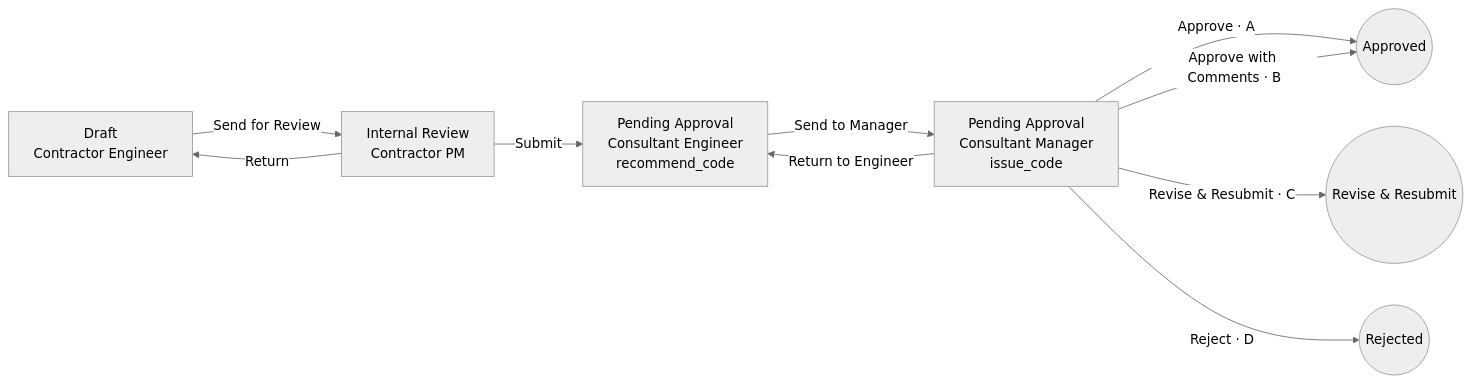
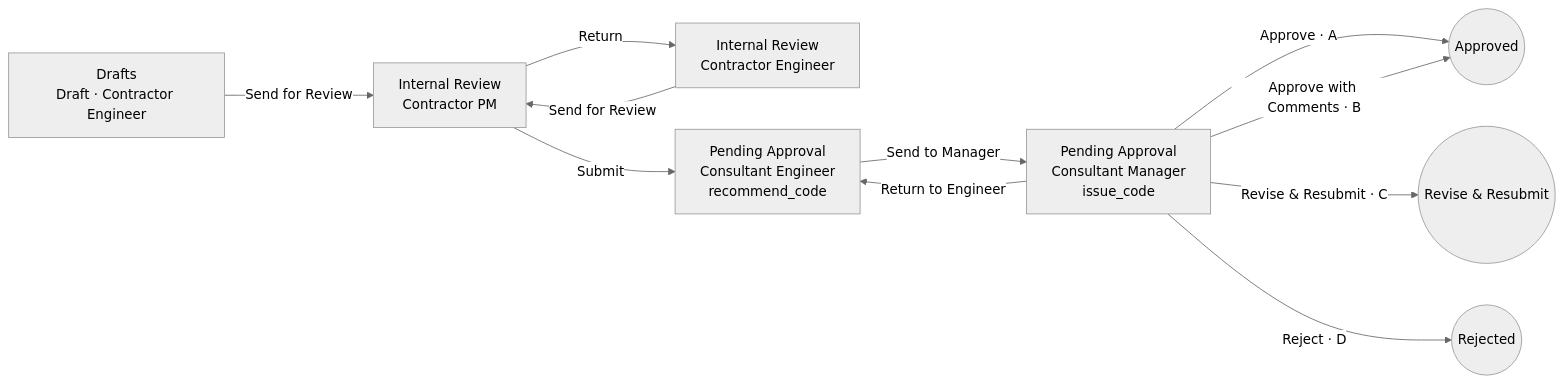
The diagram in docs/workflow-engine.md (Rabaed/rabaedV2.0), drawn with Mermaid (neutral theme) before and after one commit. The commit also changed other lines of this file and 6 other files, not shown here.

First line of the commit message:
Decisions: the Form belongs to the raiser, a Return stays in Internal Review, Screens, Cover Note (UAT RP-463)

````diff
--- a/docs/workflow-engine.md
+++ b/docs/workflow-engine.md
@@ -33,12 +35,13 @@
 ```mermaid
 flowchart LR
-  D[Draft<br/>Contractor Engineer] -- "Send for Review" --> PM[Internal Review<br/>Contractor PM]
-  PM -- "Return" --> D
+  D[Drafts<br/>Draft · Contractor Engineer] -- "Send for Review" --> PM[Internal Review<br/>Contractor PM]
+  PM -- "Return" --> CE[Internal Review<br/>Contractor Engineer]
+  CE -- "Send for Review" --> PM
   PM -- "Submit" --> KE[Pending Approval<br/>Consultant Engineer<br/>recommend_code]
   KE -- "Send to Manager" --> KM[Pending Approval<br/>Consultant Manager<br/>issue_code]
   KM -- "Return to Engineer" --> KE
   KM -- "Approve · A" --> AP((Approved))
   KM -- "Approve with Comments · B" --> AP
   KM -- "Revise & Resubmit · C" --> RR((Revise & Resubmit))
   KM -- "Reject · D" --> RJ((Rejected))
 ```
````
